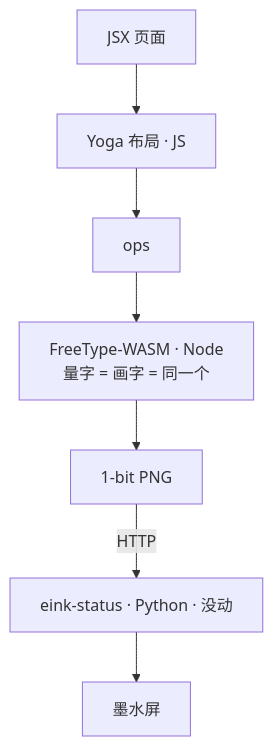
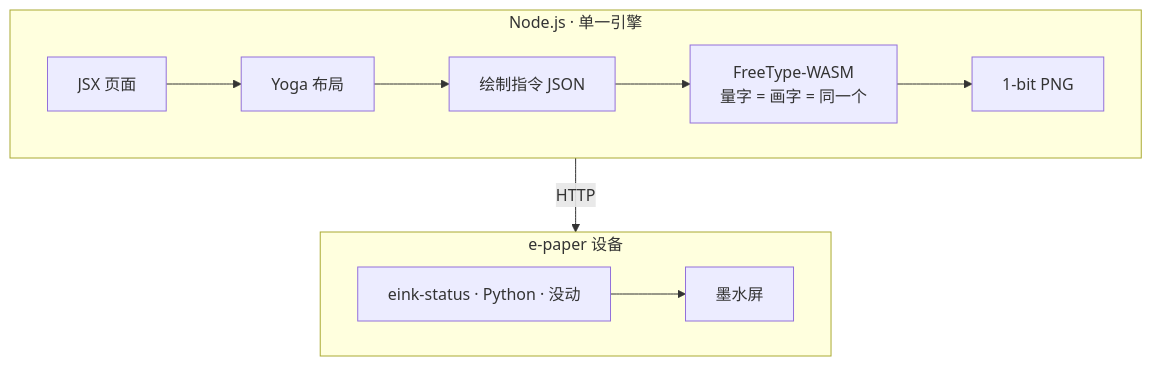
The second of 2 diagrams in src/content/post/eink-render-pure-node/index.md (zkl2333/blog), drawn with Mermaid before and after one commit. The commit also changed other lines of this file and 4 other files, not shown here.

First line of the commit message:
style: Mermaid 改无边框内联 SVG，加暖色 subgraph 色板

````diff
--- a/src/content/post/eink-render-pure-node/index.md
+++ b/src/content/post/eink-render-pure-node/index.md
@@ -137,9 +148,16 @@
 ```mermaid
 flowchart TD
-    A[JSX 页面] --> B[Yoga 布局 · JS]
-    B --> C[ops]
-    C --> D[FreeType-WASM · Node<br/>量字 = 画字 = 同一个]
-    D --> E[1-bit PNG]
-    E -->|HTTP| F[eink-status · Python · 没动]
-    F --> G[墨水屏]
+    subgraph Node["Node.js · 单一引擎"]
+        A[JSX 页面] --> B[Yoga 布局]
+        B --> C["绘制指令 JSON"]
+        C --> D["FreeType-WASM\n量字 = 画字 = 同一个"]
+        D --> E[1-bit PNG]
+    end
+
+    subgraph HW["e-paper 设备"]
+        direction LR
+        F["eink-status · Python · 没动"] --> G[墨水屏]
+    end
+
+    Node -->|HTTP| HW
 ```
````
